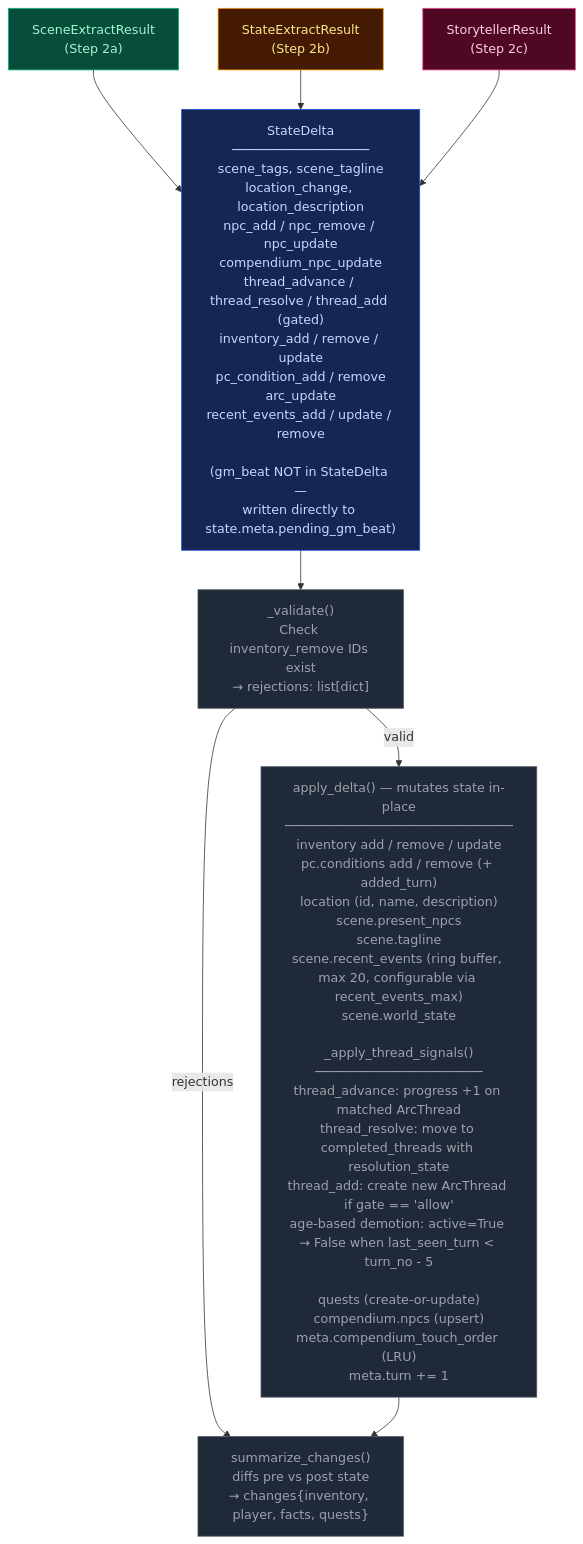
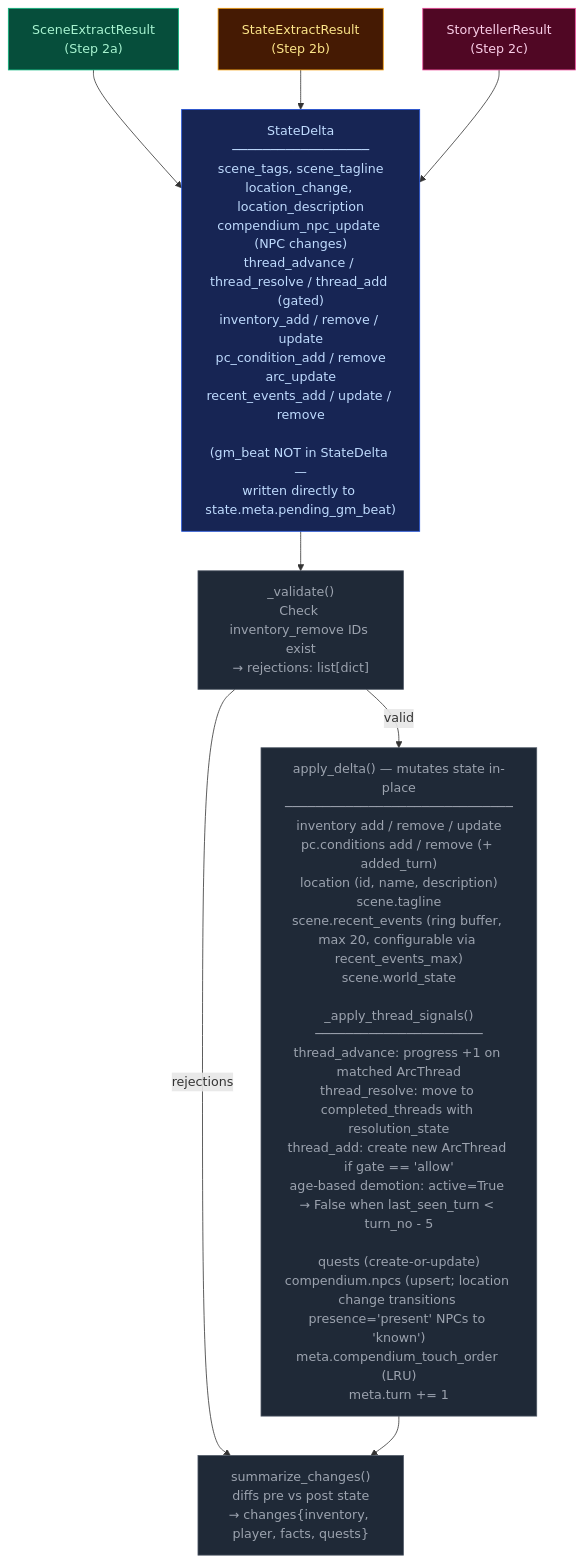
The diagram in docs/architecture/delta-validate.md (pww217/fablethread), drawn with Mermaid before and after one commit. The commit also changed 25 other files, not shown here.

First line of the commit message:
npc-compendium: consolidate review fixes, tooltip UI improvements, prompt hardening

````diff
--- a/docs/architecture/delta-validate.md
+++ b/docs/architecture/delta-validate.md
@@ -7,28 +7,28 @@
 ```mermaid
 flowchart TD
     classDef stageScene    fill:#064e3b,color:#a7f3d0,stroke:#10b981
     classDef stageState    fill:#451a03,color:#fde68a,stroke:#f59e0b
     classDef stageProgress fill:#500724,color:#fbcfe8,stroke:#ec4899
     classDef pyNode        fill:#1f2937,color:#9ca3af,stroke:#4b5563
     classDef mergeNode     fill:#172554,color:#bfdbfe,stroke:#1d4ed8
 
     SR1["SceneExtractResult<br>(Step 2a)"]:::stageScene
     SR2["StateExtractResult<br>(Step 2b)"]:::stageState
     SR3["StorytellerResult<br>(Step 2c)"]:::stageProgress
 
-    MERGE["StateDelta<br>──────────────────<br>scene_tags, scene_tagline<br>location_change, location_description<br>npc_add / npc_remove / npc_update<br>compendium_npc_update<br>thread_advance / thread_resolve / thread_add (gated)<br>inventory_add / remove / update<br>pc_condition_add / remove<br>arc_update<br>recent_events_add / update / remove<br><br>(gm_beat NOT in StateDelta —<br>written directly to state.meta.pending_gm_beat)"]:::mergeNode
+    MERGE["StateDelta<br>──────────────────<br>scene_tags, scene_tagline<br>location_change, location_description<br>compendium_npc_update (NPC changes)<br>thread_advance / thread_resolve / thread_add (gated)<br>inventory_add / remove / update<br>pc_condition_add / remove<br>arc_update<br>recent_events_add / update / remove<br><br>(gm_beat NOT in StateDelta —<br>written directly to state.meta.pending_gm_beat)"]:::mergeNode
 
     VALIDATE["_validate()<br>Check inventory_remove IDs exist<br>→ rejections: list[dict]"]:::pyNode
 
-    APPLY["apply_delta() — mutates state in-place<br>──────────────────────────────<br>inventory add / remove / update<br>pc.conditions add / remove (+ added_turn)<br>location (id, name, description)<br>scene.present_npcs<br>scene.tagline<br>scene.recent_events (ring buffer, max 20, configurable via recent_events_max)<br>scene.world_state<br><br>_apply_thread_signals()<br>──────────────────────<br>thread_advance: progress +1 on matched ArcThread<br>thread_resolve: move to completed_threads with resolution_state<br>thread_add: create new ArcThread if gate == 'allow'<br>age-based demotion: active=True → False when last_seen_turn < turn_no - 5<br><br>quests (create-or-update)<br>compendium.npcs (upsert)<br>meta.compendium_touch_order (LRU)<br>meta.turn += 1"]:::pyNode
+    APPLY["apply_delta() — mutates state in-place<br>──────────────────────────────<br>inventory add / remove / update<br>pc.conditions add / remove (+ added_turn)<br>location (id, name, description)<br>scene.tagline<br>scene.recent_events (ring buffer, max 20, configurable via recent_events_max)<br>scene.world_state<br><br>_apply_thread_signals()<br>──────────────────────<br>thread_advance: progress +1 on matched ArcThread<br>thread_resolve: move to completed_threads with resolution_state<br>thread_add: create new ArcThread if gate == 'allow'<br>age-based demotion: active=True → False when last_seen_turn < turn_no - 5<br><br>quests (create-or-update)<br>compendium.npcs (upsert; location change transitions presence='present' NPCs to 'known')<br>meta.compendium_touch_order (LRU)<br>meta.turn += 1"]:::pyNode
 
     DIFF["summarize_changes()<br>diffs pre vs post state<br>→ changes{inventory, player, facts, quests}"]:::pyNode
 
     SR1 --> MERGE
     SR2 --> MERGE
     SR3 --> MERGE
     MERGE --> VALIDATE
     VALIDATE -- "valid" --> APPLY
     VALIDATE -- "rejections" --> DIFF
     APPLY --> DIFF
 ```
````
